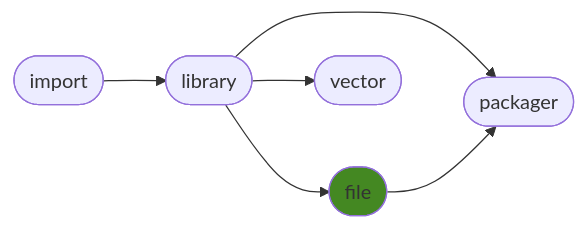
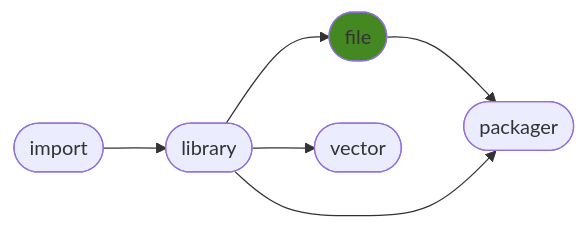
One commit to ManderaGeneral/generalfile changed the diagram in README.md. Above: the diagram before and after it, drawn with Mermaid. The commit also changed other lines of this file and 1 other file, not shown here.

````diff
--- a/README.md
+++ b/README.md
@@ -16,14 +16,14 @@
 ```mermaid
 flowchart LR
-1([library]) --> 3([vector])
+2([file]) --> 4([packager])
 1([library]) --> 4([packager])
 0([import]) --> 1([library])
 1([library]) --> 2([file])
-2([file]) --> 4([packager])
+1([library]) --> 3([vector])
 click 0 "https://github.com/ManderaGeneral/generalimport"
 click 1 "https://github.com/ManderaGeneral/generallibrary"
 click 2 "https://github.com/ManderaGeneral/generalfile"
 click 3 "https://github.com/ManderaGeneral/generalvector"
 click 4 "https://github.com/ManderaGeneral/generalpackager"
 style 2 fill:#482
 ```
````
